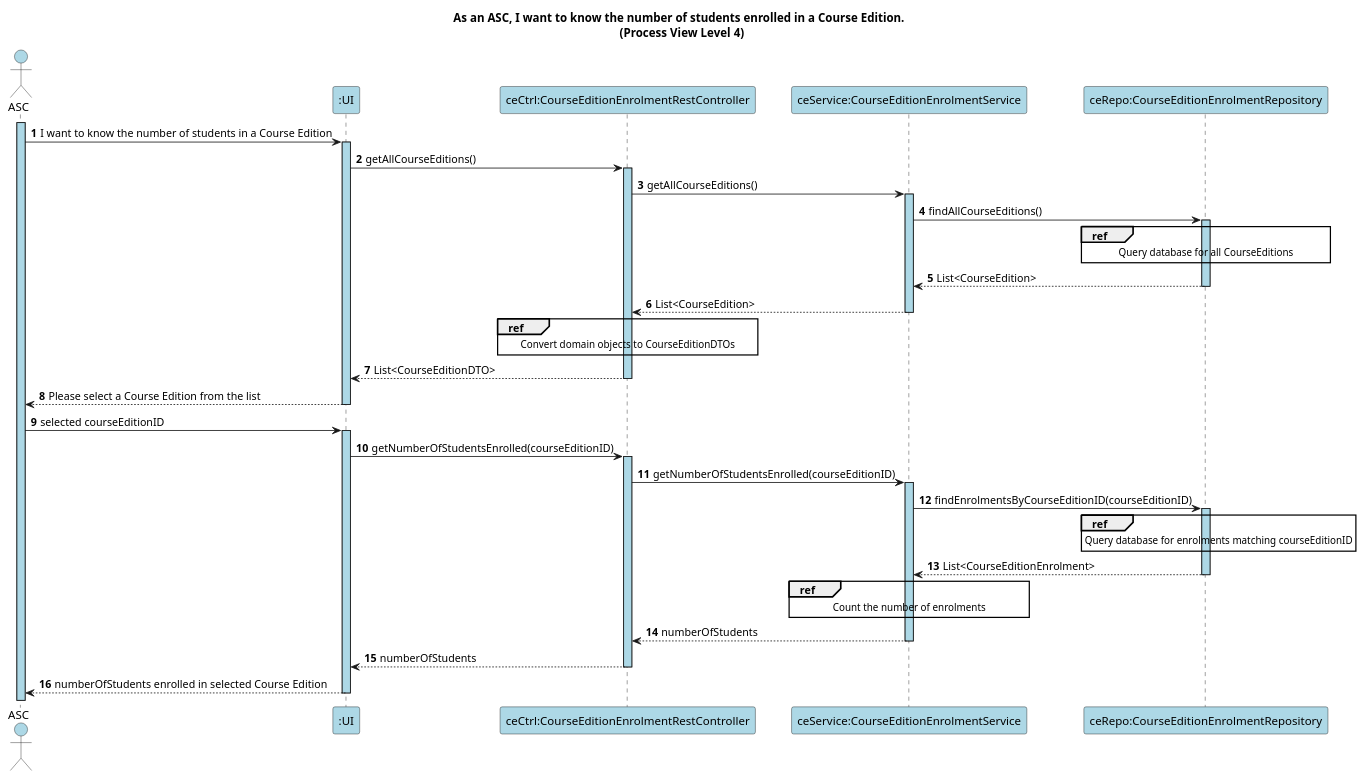
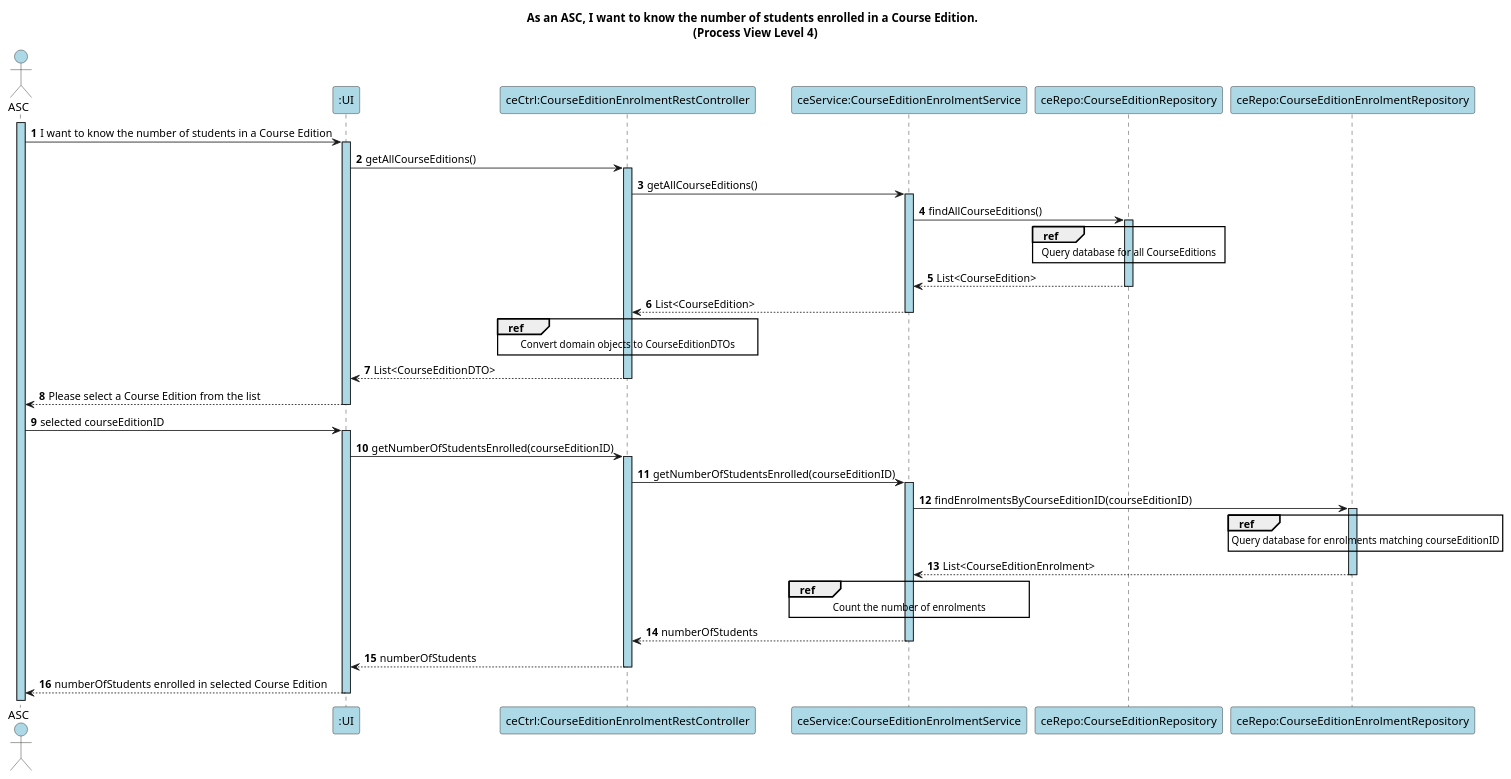
Before and after one commit to GasparISEP/DevOps-PAI: the diagram in docs/US24/Sprint6/ProcessView/Level4/IWantToKnowNumberOfStudentsEnrolledInCourseEditionSequenceDiagram.puml, drawn with PlantUML. The commit also changed 7 other files, not shown here.

Commit message:
"Level 4 process view diagrams updated. (#564)"

```diff
--- a/docs/US24/Sprint6/ProcessView/Level4/IWantToKnowNumberOfStudentsEnrolledInCourseEditionSequenceDiagram.puml
+++ b/docs/US24/Sprint6/ProcessView/Level4/IWantToKnowNumberOfStudentsEnrolledInCourseEditionSequenceDiagram.puml
@@ -1,56 +1,57 @@
 @startuml
 
 autonumber
 
 title As an ASC, I want to know the number of students enrolled in a Course Edition. \n (Process View Level 4)
 
 actor ASC as Admin #lightblue
 
 participant ":UI" as UI #lightblue
 participant "ceCtrl:CourseEditionEnrolmentRestController" as C #lightblue
 participant "ceService:CourseEditionEnrolmentService" as S #lightblue
+participant "ceRepo:CourseEditionRepository" as RCE #lightblue
 participant "ceRepo:CourseEditionEnrolmentRepository" as R #lightblue
 
 activate Admin #lightblue
 Admin -> UI ++ #lightblue: I want to know the number of students in a Course Edition
 
 UI -> C ++ #lightblue: getAllCourseEditions()
 
 C -> S ++ #lightblue: getAllCourseEditions()
-S -> R ++ #lightblue: findAllCourseEditions()
+S -> RCE ++ #lightblue: findAllCourseEditions()
 
-ref over R
+ref over RCE
     Query database for all CourseEditions
 end ref
 
-R --> S --: List<CourseEdition>
+RCE --> S --: List<CourseEdition>
 S --> C --: List<CourseEdition>
 
 ref over C
     Convert domain objects to CourseEditionDTOs
 end ref
 
 C --> UI --: List<CourseEditionDTO>
 UI --> Admin --: Please select a Course Edition from the list
 
 Admin -> UI ++ #lightblue: selected courseEditionID
 
 UI -> C ++ #lightblue: getNumberOfStudentsEnrolled(courseEditionID)
 C -> S ++ #lightblue: getNumberOfStudentsEnrolled(courseEditionID)
 S -> R ++ #lightblue: findEnrolmentsByCourseEditionID(courseEditionID)
 
 ref over R
     Query database for enrolments matching courseEditionID
 end ref
 
 R --> S --: List<CourseEditionEnrolment>
 
 ref over S
     Count the number of enrolments
 end ref
 
 S --> C --: numberOfStudents
 C --> UI --: numberOfStudents
 UI --> Admin --: numberOfStudents enrolled in selected Course Edition
 
 @enduml
```
